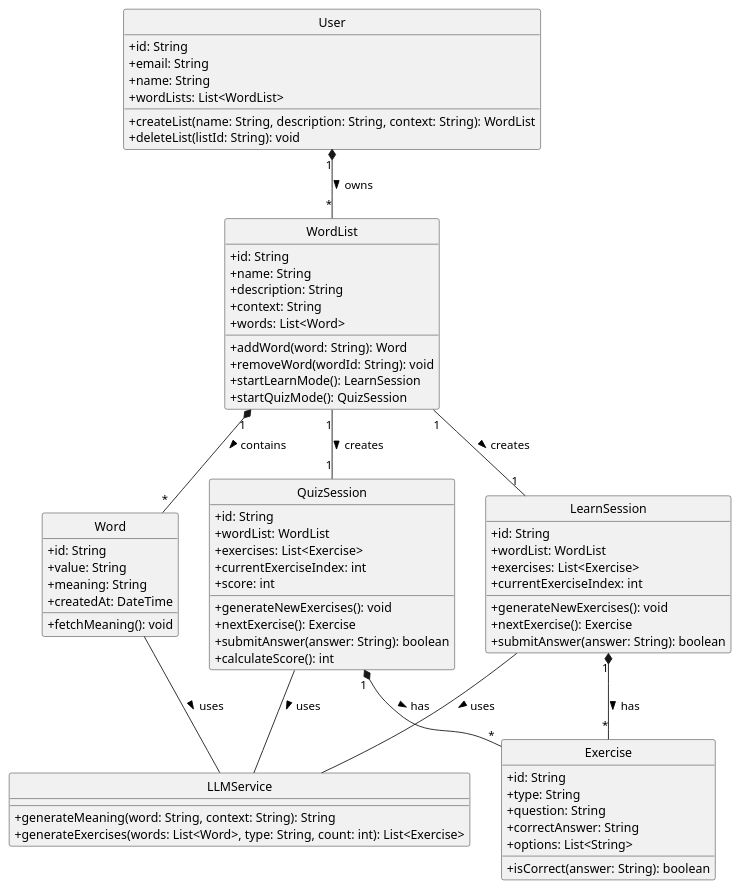
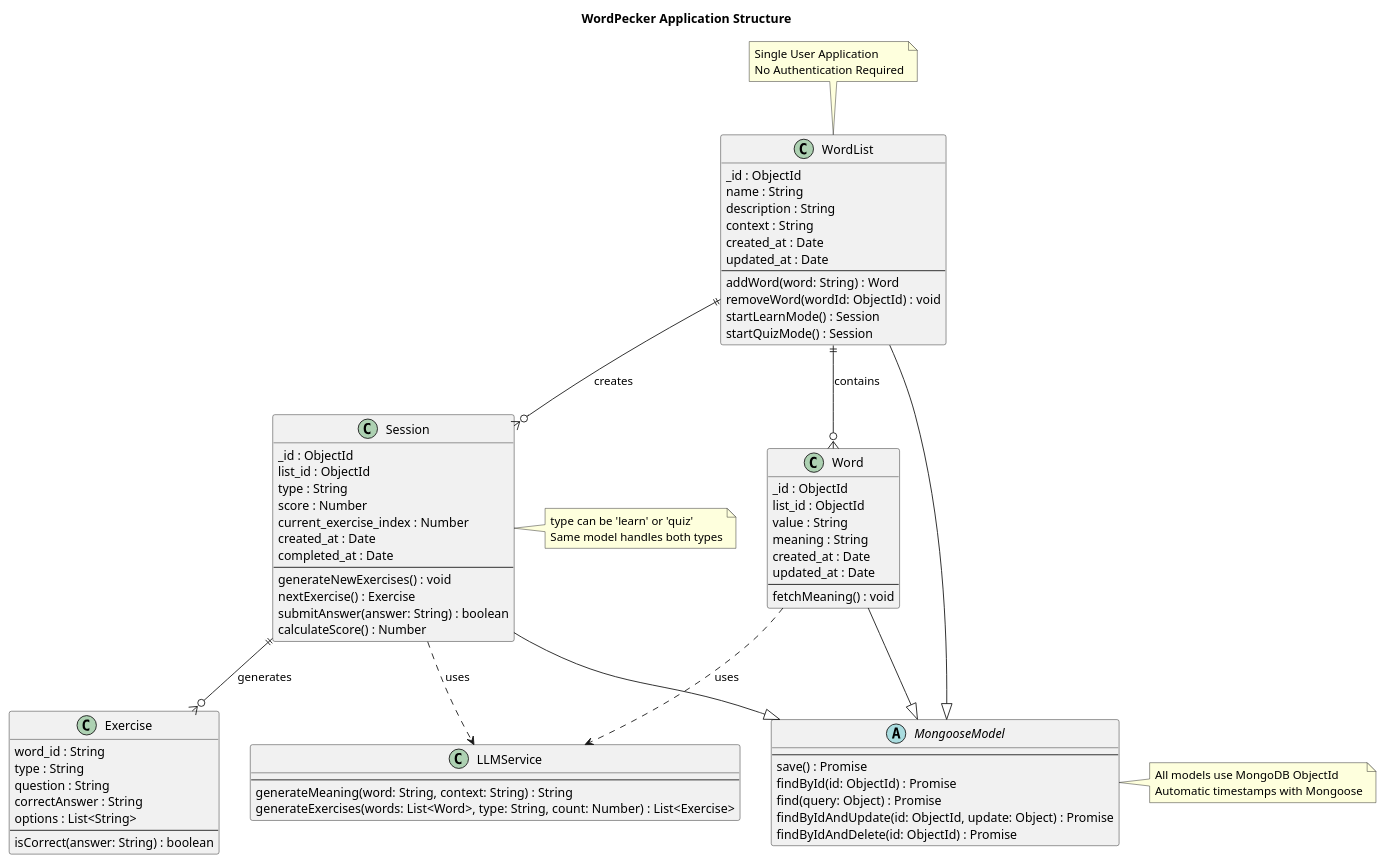
The diagram in docs/architecture/project-structure.puml (yugoo2004/wordpecker-app), drawn with PlantUML before and after one commit. The commit also changed 46 other files, not shown here.

Commit message:
feat: migrate from Supabase to MongoDB with Docker setup and remove authentication

```diff
--- a/docs/architecture/project-structure.puml
+++ b/docs/architecture/project-structure.puml
@@ -1,81 +1,97 @@
 @startuml
 
 skinparam classAttributeIconSize 0
-skinparam style strictuml
+skinparam monochrome false
 
-class User {
-  + id: String
-  + email: String
-  + name: String
-  + wordLists: List<WordList>
-  + createList(name: String, description: String, context: String): WordList
-  + deleteList(listId: String): void
-}
+title WordPecker Application Structure
 
 class WordList {
-  + id: String
-  + name: String
-  + description: String
-  + context: String
-  + words: List<Word>
-  + addWord(word: String): Word
-  + removeWord(wordId: String): void
-  + startLearnMode(): LearnSession
-  + startQuizMode(): QuizSession
+  _id : ObjectId
+  name : String
+  description : String
+  context : String
+  created_at : Date
+  updated_at : Date
+  ----
+  addWord(word: String) : Word
+  removeWord(wordId: ObjectId) : void
+  startLearnMode() : Session
+  startQuizMode() : Session
 }
 
 class Word {
-  + id: String
-  + value: String
-  + meaning: String
-  + createdAt: DateTime
-  + fetchMeaning(): void
+  _id : ObjectId
+  list_id : ObjectId
+  value : String
+  meaning : String
+  created_at : Date
+  updated_at : Date
+  ----
+  fetchMeaning() : void
 }
 
-class LearnSession {
-  + id: String
-  + wordList: WordList
-  + exercises: List<Exercise>
-  + currentExerciseIndex: int
-  + generateNewExercises(): void
-  + nextExercise(): Exercise
-  + submitAnswer(answer: String): boolean
-}
-
-class QuizSession {
-  + id: String
-  + wordList: WordList
-  + exercises: List<Exercise>
-  + currentExerciseIndex: int
-  + score: int
-  + generateNewExercises(): void
-  + nextExercise(): Exercise
-  + submitAnswer(answer: String): boolean
-  + calculateScore(): int
+class Session {
+  _id : ObjectId
+  list_id : ObjectId
+  type : String
+  score : Number
+  current_exercise_index : Number
+  created_at : Date
+  completed_at : Date
+  ----
+  generateNewExercises() : void
+  nextExercise() : Exercise
+  submitAnswer(answer: String) : boolean
+  calculateScore() : Number
 }
 
 class Exercise {
-  + id: String
-  + type: String
-  + question: String
-  + correctAnswer: String
-  + options: List<String>
-  + isCorrect(answer: String): boolean
+  word_id : String
+  type : String
+  question : String
+  correctAnswer : String
+  options : List<String>
+  ----
+  isCorrect(answer: String) : boolean
+}
+
+abstract class MongooseModel {
+  ----
+  save() : Promise
+  findById(id: ObjectId) : Promise
+  find(query: Object) : Promise
+  findByIdAndUpdate(id: ObjectId, update: Object) : Promise
+  findByIdAndDelete(id: ObjectId) : Promise
 }
 
 class LLMService {
-  + generateMeaning(word: String, context: String): String
-  + generateExercises(words: List<Word>, type: String, count: int): List<Exercise>
+  ----
+  generateMeaning(word: String, context: String) : String
+  generateExercises(words: List<Word>, type: String, count: Number) : List<Exercise>
 }
 
-User "1" *-- "*" WordList : owns >
-WordList "1" *-- "*" Word : contains >
-WordList "1" -- "1" LearnSession : creates >
-WordList "1" -- "1" QuizSession : creates >
-LearnSession "1" *-- "*" Exercise : has >
-QuizSession "1" *-- "*" Exercise : has >
-Word -- LLMService : uses >
-LearnSession -- LLMService : uses >
-QuizSession -- LLMService : uses >
+WordList ||--o{ Word : contains
+WordList ||--o{ Session : creates
+Session ||--o{ Exercise : generates
+Word ..> LLMService : uses
+Session ..> LLMService : uses
+WordList --|> MongooseModel
+Word --|> MongooseModel
+Session --|> MongooseModel
+
+note top of WordList
+  Single User Application
+  No Authentication Required
+end note
+
+note right of Session
+  type can be 'learn' or 'quiz'
+  Same model handles both types
+end note
+
+note right of MongooseModel
+  All models use MongoDB ObjectId
+  Automatic timestamps with Mongoose
+end note
 
 @enduml
```
